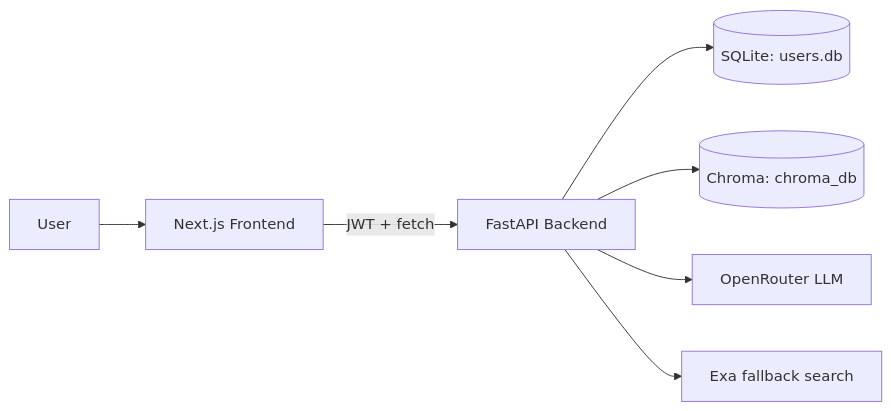
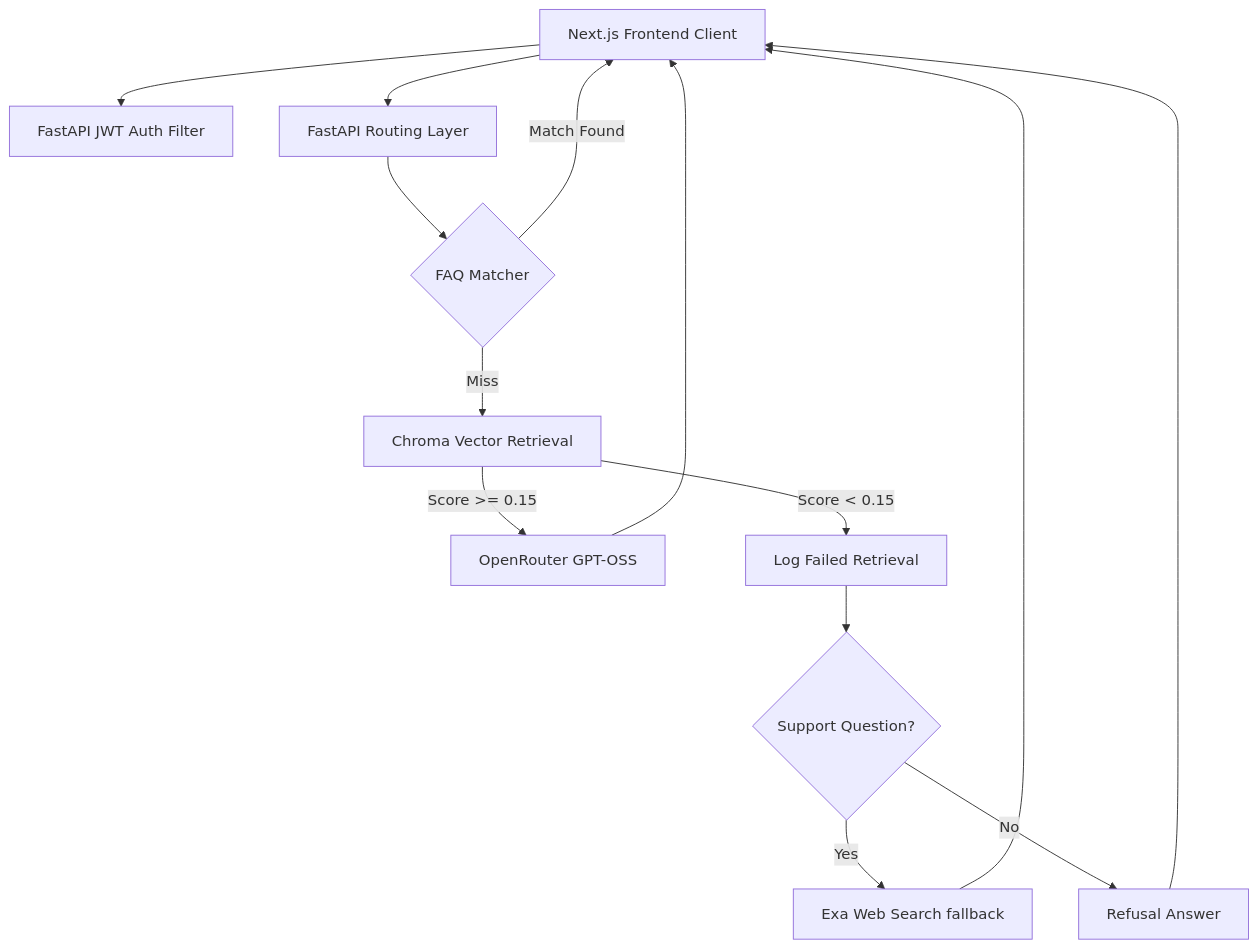
Before and after one commit to NoelNinanSheri1307/Valar: the diagram in README.md, drawn with Mermaid. The commit also changed other lines of this file and 13 other files, not shown here.

Commit message:
feat: implement FAQ Canned Response Engine and Failed Retrieval Analytics, rebrand application, resolve database logging bugs, update docs

````diff
--- a/README.md
+++ b/README.md
@@ -65,9 +18,16 @@
 ```mermaid
-graph LR
-    User[User] --> Frontend[Next.js Frontend]
-    Frontend -->|JWT + fetch| Backend[FastAPI Backend]
-    Backend --> DB[(SQLite: users.db)]
-    Backend --> VectorDB[(Chroma: chroma_db)]
-    Backend --> LLM[OpenRouter LLM]
-    Backend --> Exa[Exa fallback search]
+graph TD
+    Client[Next.js Frontend Client] --> Auth[FastAPI JWT Auth Filter]
+    Client --> API[FastAPI Routing Layer]
+    API --> FAQ{FAQ Matcher}
+    FAQ -- Match Found --> Client
+    FAQ -- Miss --> RAG[Chroma Vector Retrieval]
+    RAG -- Score >= 0.15 --> LLM[OpenRouter GPT-OSS]
+    RAG -- Score < 0.15 --> Telemetry[Log Failed Retrieval]
+    Telemetry --> Fallback{Support Question?}
+    Fallback -- Yes --> Exa[Exa Web Search fallback]
+    Fallback -- No --> Refusal[Refusal Answer]
+    LLM --> Client
+    Exa --> Client
+    Refusal --> Client
 ```
````
